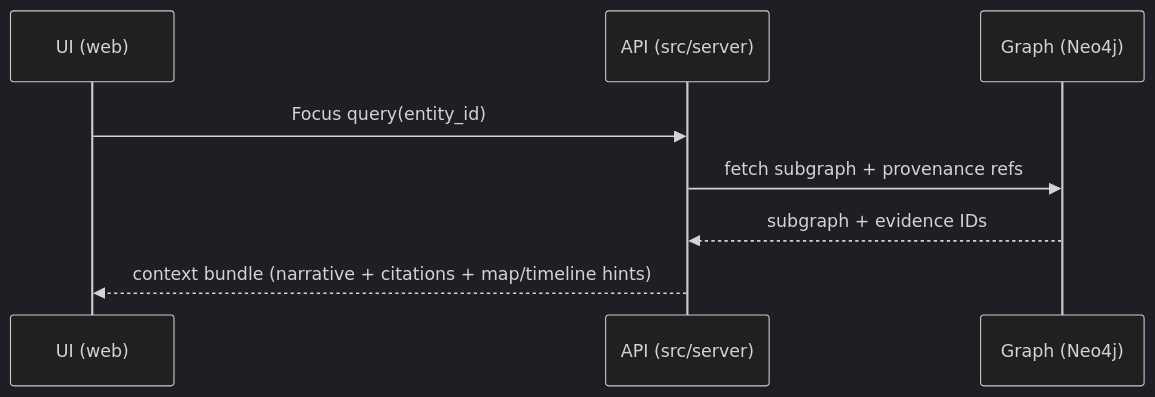
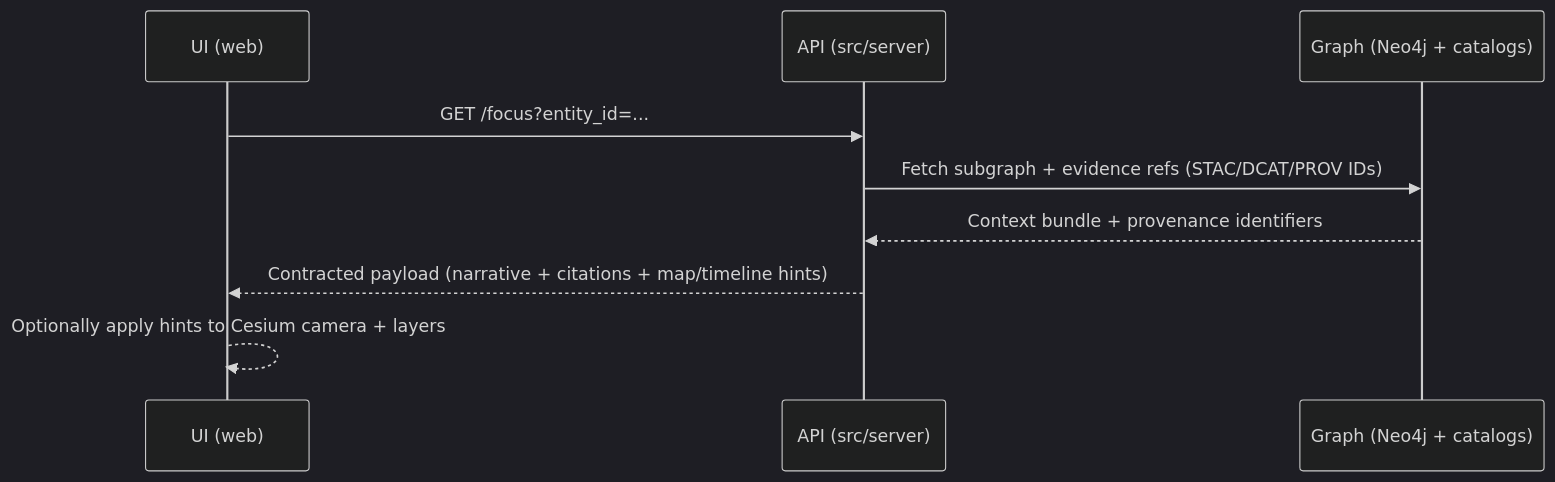
One commit to bartytime4life/Kansas-Frontier-Matrix changed the second of 2 diagrams in web/cesium/README.md. Above: the diagram before and after it, drawn with Mermaid (dark theme). The commit also changed other lines of this file, not shown here.

```diff
--- a/web/cesium/README.md
+++ b/web/cesium/README.md
@@ -165,10 +210,12 @@
 ~~~mermaid
 sequenceDiagram
   participant UI as UI (web)
   participant API as API (src/server)
-  participant Graph as Graph (Neo4j)
-  UI->>API: Focus query(entity_id)
-  API->>Graph: fetch subgraph + provenance refs
-  Graph-->>API: subgraph + evidence IDs
-  API-->>UI: context bundle (narrative + citations + map/timeline hints)
+  participant Graph as Graph (Neo4j + catalogs)
+
+  UI->>API: GET /focus?entity_id=...
+  API->>Graph: Fetch subgraph + evidence refs (STAC/DCAT/PROV IDs)
+  Graph-->>API: Context bundle + provenance identifiers
+  API-->>UI: Contracted payload (narrative + citations + map/timeline hints)
+  UI-->>UI: Optionally apply hints to Cesium camera + layers
 ~~~
```
